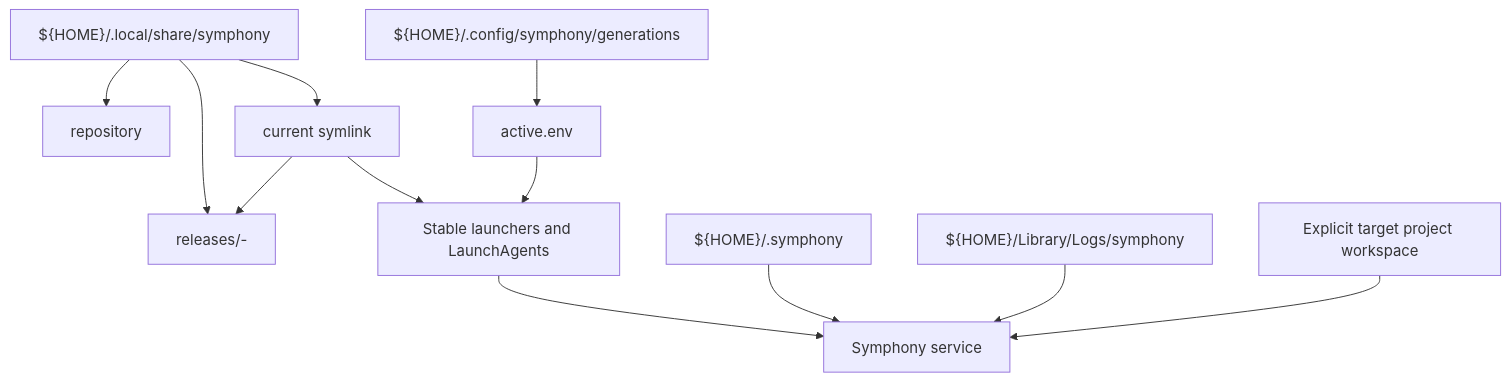
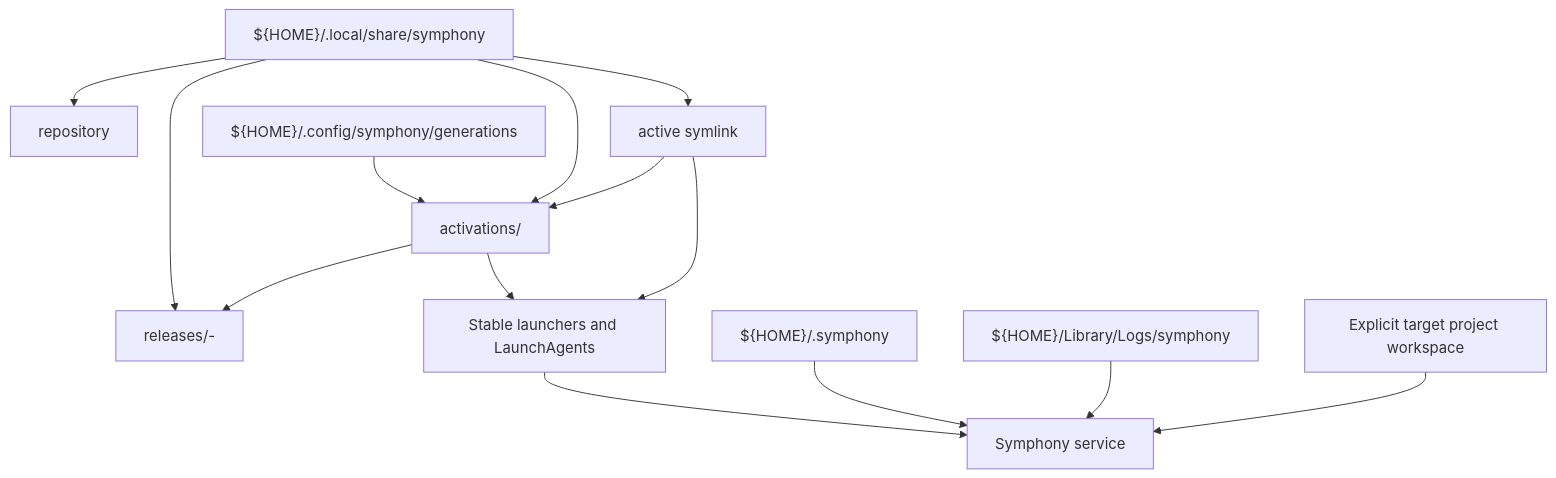
One commit to mobilyze-llc/symphony-ts changed the second of 2 diagrams in docs/plans/2026-07-10-001-refactor-installed-runtime-deployment-plan.md. Above: the diagram before and after it, drawn with Mermaid. The commit also changed other lines of this file, not shown here.

First line of the commit message:
Make installed runtime activation atomic (#751)

````diff
--- a/docs/plans/2026-07-10-001-refactor-installed-runtime-deployment-plan.md
+++ b/docs/plans/2026-07-10-001-refactor-installed-runtime-deployment-plan.md
@@ -151,14 +152,16 @@
 ```mermaid
 flowchart TB
   Install["${HOME}/.local/share/symphony"] --> Repo["repository"]
   Install --> Releases["releases/<sha>-<build-id>"]
-  Install --> Current["current symlink"]
-  Current --> Releases
-  Config["${HOME}/.config/symphony/generations"] --> ActiveEnv["active.env"]
-  ActiveEnv --> Launchd["Stable launchers and LaunchAgents"]
+  Install --> Activations["activations/<activation-id>"]
+  Install --> Active["active symlink"]
+  Active --> Activations
+  Activations --> Releases
+  Config["${HOME}/.config/symphony/generations"] --> Activations
+  Activations --> Launchd["Stable launchers and LaunchAgents"]
   State["${HOME}/.symphony"] --> Service["Symphony service"]
   Logs["${HOME}/Library/Logs/symphony"] --> Service
-  Current --> Launchd
+  Active --> Launchd
   Launchd --> Service
   Target["Explicit target project workspace"] --> Service
 ```
````
